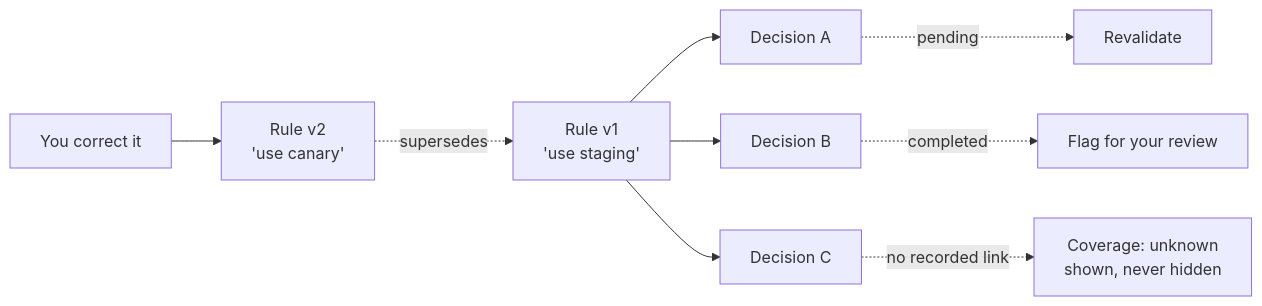
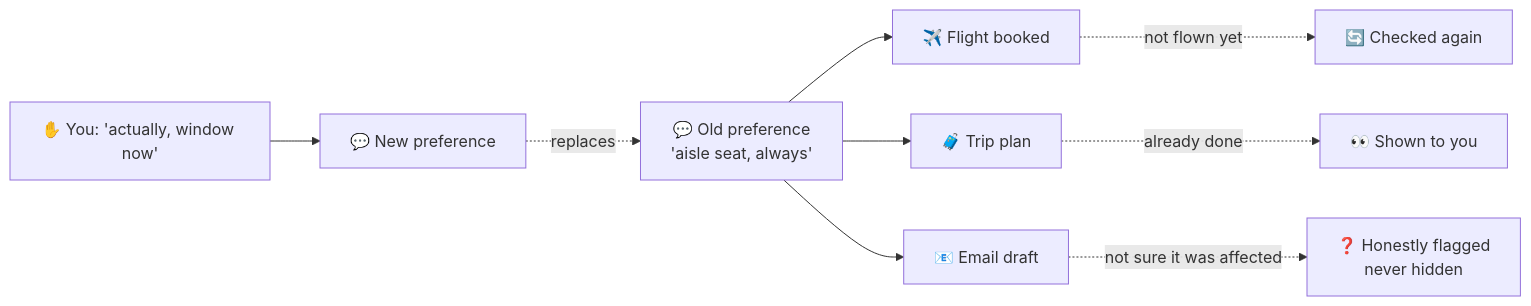
The third of 7 diagrams in README.md (KanishkNoir/SwitchBoard), drawn with Mermaid before and after one commit. The commit also changed other lines of this file, not shown here.

````diff
--- a/README.md
+++ b/README.md
@@ -43,11 +55,11 @@
 ```mermaid
 flowchart LR
-    OLD[Rule v1<br/>'use staging'] --> D1[Decision A]
-    OLD --> D2[Decision B]
-    OLD --> D3[Decision C]
-    FIX[You correct it] --> NEW[Rule v2<br/>'use canary']
-    NEW -.->|supersedes| OLD
-    D1 -.->|pending| RV[Revalidate]
-    D2 -.->|completed| REV[Flag for your review]
-    D3 -.->|no recorded link| UNK[Coverage: unknown<br/>shown, never hidden]
+    OLD[💬 Old preference<br/>'aisle seat, always'] --> T1[✈️ Flight booked]
+    OLD --> T2[🧳 Trip plan]
+    OLD --> T3[📧 Email draft]
+    YOU[✋ You: 'actually, window now'] --> NEW[💬 New preference]
+    NEW -.->|replaces| OLD
+    T1 -.->|not flown yet| FIX[🔄 Checked again]
+    T2 -.->|already done| LOOK[👀 Shown to you]
+    T3 -.->|not sure it was affected| Q[❓ Honestly flagged<br/>never hidden]
 ```
````
